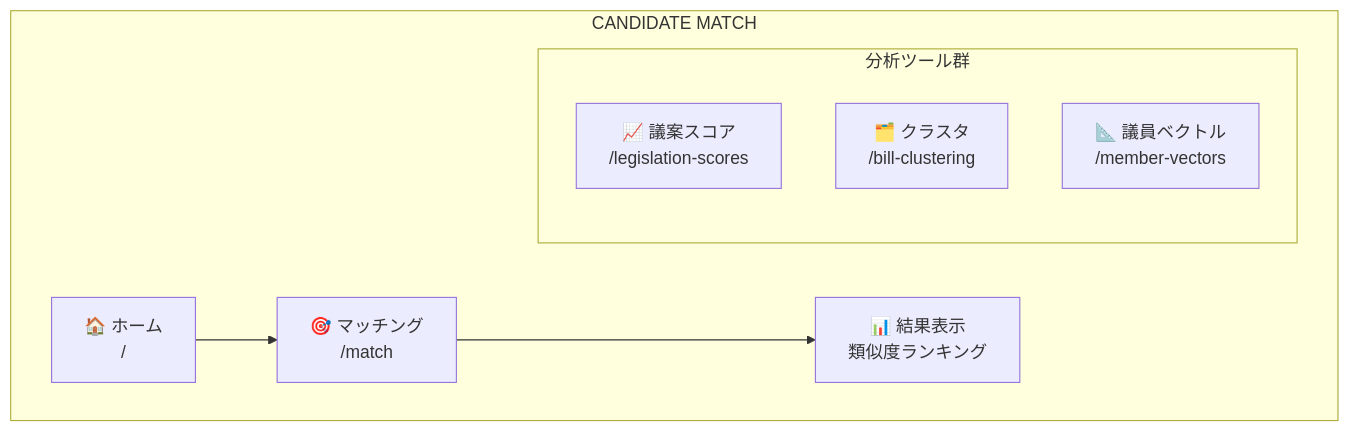
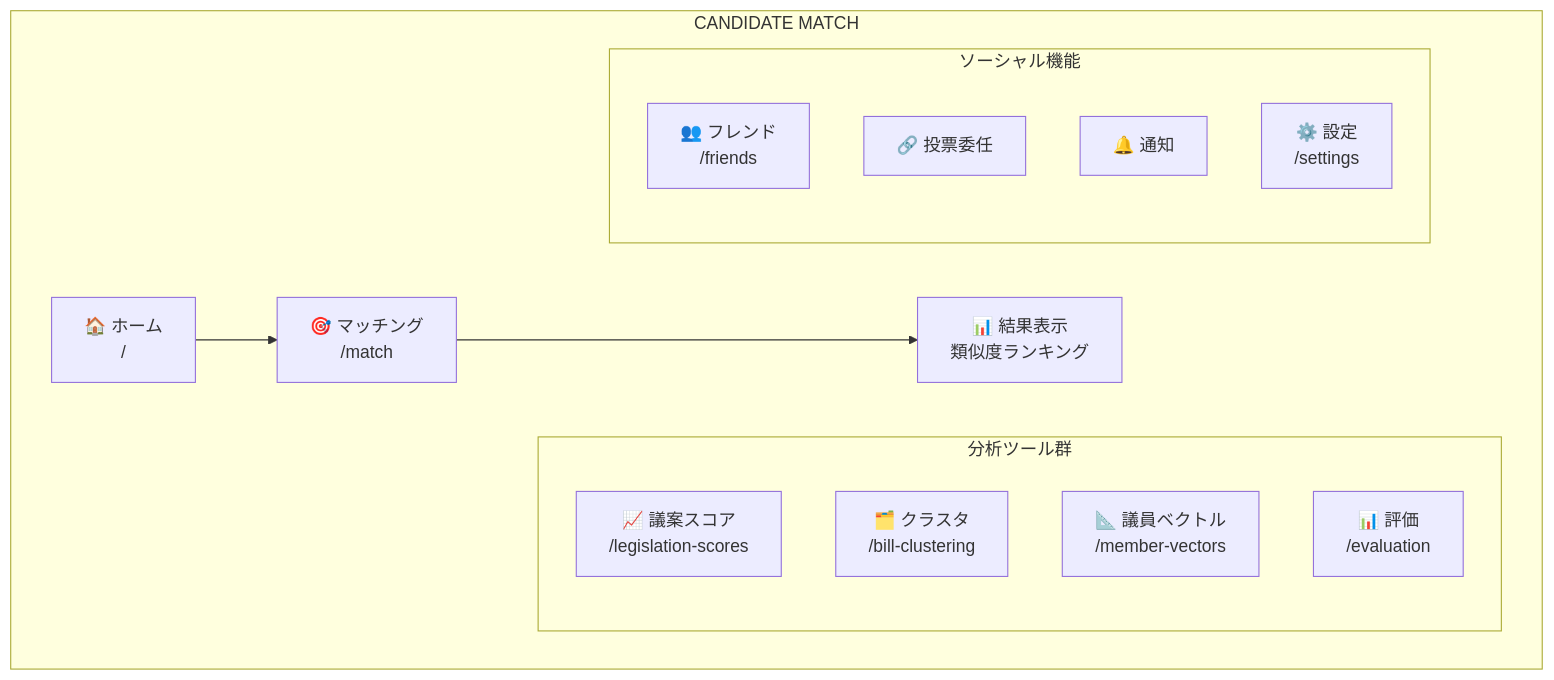
The first of 7 diagrams in docs/USER_GUIDE_DETAIL.md (Furuta-Mototada/candidate-match), drawn with Mermaid before and after one commit. The commit also changed other lines of this file and 10 other files, not shown here.

````diff
--- a/docs/USER_GUIDE_DETAIL.md
+++ b/docs/USER_GUIDE_DETAIL.md
@@ -27,13 +34,21 @@
 ```mermaid
 flowchart TB
     subgraph main["CANDIDATE MATCH"]
         Home["🏠 ホーム<br/>/"] --> Match["🎯 マッチング<br/>/match"]
         Match --> Result["📊 結果表示<br/>類似度ランキング"]
         
         subgraph Tools["分析ツール群"]
             Scores["📈 議案スコア<br/>/legislation-scores"]
             Cluster["🗂️ クラスタ<br/>/bill-clustering"]
             Vectors["📐 議員ベクトル<br/>/member-vectors"]
+            Eval["📊 評価<br/>/evaluation"]
+        end
+        
+        subgraph Social["ソーシャル機能"]
+            Friends["👥 フレンド<br/>/friends"]
+            Delegation["🔗 投票委任"]
+            Notifications["🔔 通知"]
+            Settings["⚙️ 設定<br/>/settings"]
         end
     end
 ```
````
